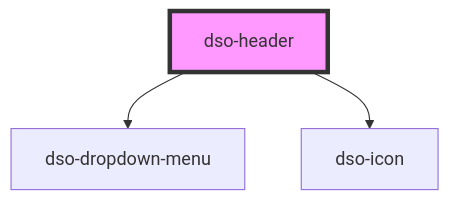
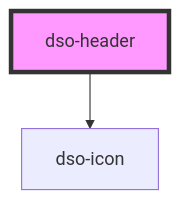
Before and after one commit to dso-toolkit/dso-toolkit: the diagram in packages/core/src/components/header/readme.md, drawn with Mermaid. The commit also changed other lines of this file and 6 other files, not shown here.

Commit message:
#3517 [Changed] Header: Eigen implementatie Dropdown Menu

````diff
--- a/packages/core/src/components/header/readme.md
+++ b/packages/core/src/components/header/readme.md
@@ -38,6 +37,5 @@
 ```mermaid
 graph TD;
-  dso-header --> dso-dropdown-menu
   dso-header --> dso-icon
   style dso-header fill:#f9f,stroke:#333,stroke-width:4px
 ```
````
